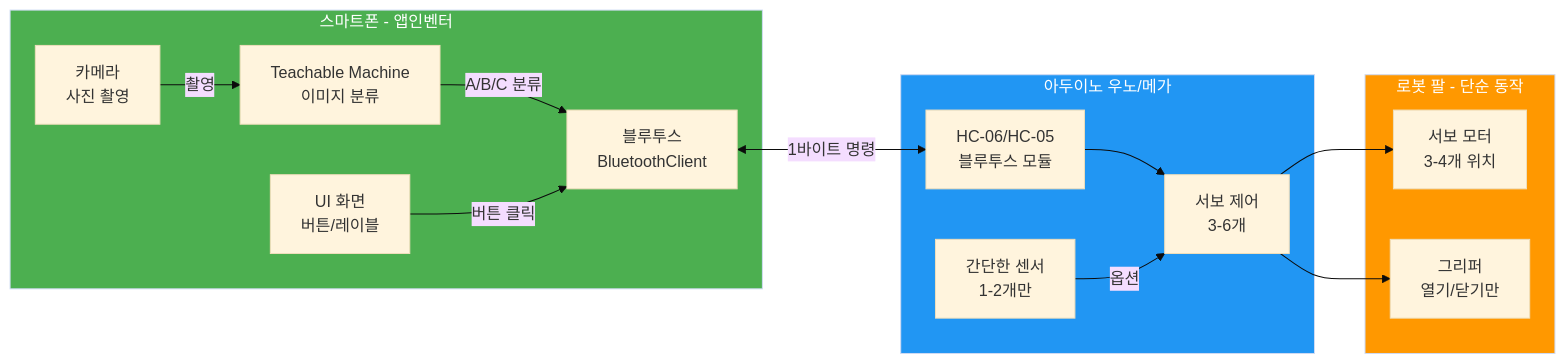
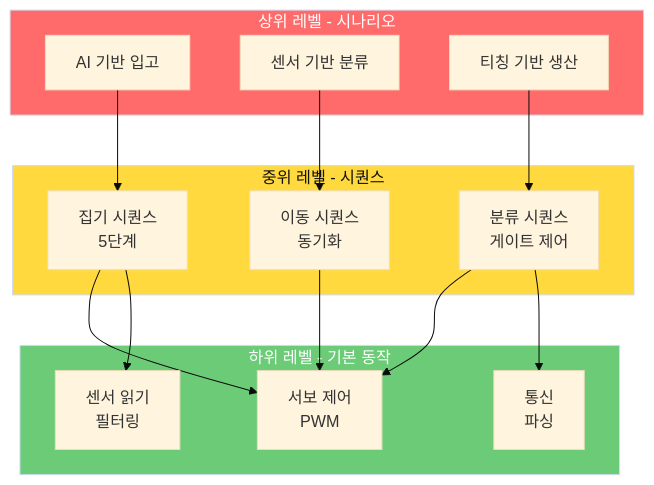
Before and after one commit to Collegenie-X/Smart_Factory_Arms_Project: the third of 12 diagrams in docs/01_프로젝트_구조도.md, drawn with Mermaid (base theme). The commit also changed other lines of this file, not shown here.

````diff
--- a/docs/01_프로젝트_구조도.md
+++ b/docs/01_프로젝트_구조도.md
@@ -51,35 +122,34 @@
 ```mermaid
-graph LR
-    subgraph 스마트폰[스마트폰 - 앱인벤터]
-        SP1[카메라<br/>사진 촬영]
-        SP2[Teachable Machine<br/>이미지 분류]
-        SP3[블루투스<br/>BluetoothClient]
-        SP4[UI 화면<br/>버튼/레이블]
+graph TD
+    subgraph 상위_알고리즘[상위 레벨 - 시나리오]
+        L3_1[AI 기반 입고]
+        L3_2[센서 기반 분류]
+        L3_3[티칭 기반 생산]
     end
     
-    subgraph 아두이노[아두이노 우노/메가]
-        AR1[HC-06/HC-05<br/>블루투스 모듈]
-        AR2[간단한 센서<br/>1-2개만]
-        AR3[서보 제어<br/>3-6개]
+    subgraph 중위_알고리즘[중위 레벨 - 시퀀스]
+        L2_1[집기 시퀀스<br/>5단계]
+        L2_2[이동 시퀀스<br/>동기화]
+        L2_3[분류 시퀀스<br/>게이트 제어]
     end
     
-    subgraph 로봇팔[로봇 팔 - 단순 동작]
-        RB1[서보 모터<br/>3-4개 위치]
-        RB2[그리퍼<br/>열기/닫기만]
+    subgraph 하위_알고리즘[하위 레벨 - 기본 동작]
+        L1_1[서보 제어<br/>PWM]
+        L1_2[센서 읽기<br/>필터링]
+        L1_3[통신<br/>파싱]
     end
     
-    SP1 -->|촬영| SP2
-    SP2 -->|A/B/C 분류| SP3
-    SP4 -->|버튼 클릭| SP3
-    SP3 <-->|1바이트 명령| AR1
+    L3_1 --> L2_1
+    L3_2 --> L2_2
+    L3_3 --> L2_3
     
-    AR1 --> AR3
-    AR2 -->|옵션| AR3
+    L2_1 --> L1_1
+    L2_1 --> L1_2
+    L2_2 --> L1_1
+    L2_3 --> L1_1
+    L2_3 --> L1_3
     
-    AR3 --> RB1
-    AR3 --> RB2
-    
-    style 스마트폰 fill:#4CAF50,color:#fff
-    style 아두이노 fill:#2196F3,color:#fff
-    style 로봇팔 fill:#FF9800,color:#fff
+    style 상위_알고리즘 fill:#FF6B6B,color:#fff
+    style 중위_알고리즘 fill:#FFD93D,color:#111
+    style 하위_알고리즘 fill:#6BCB77,color:#fff
 ```
````
